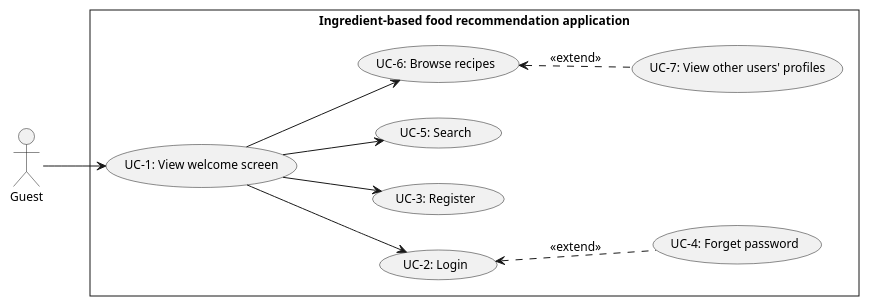
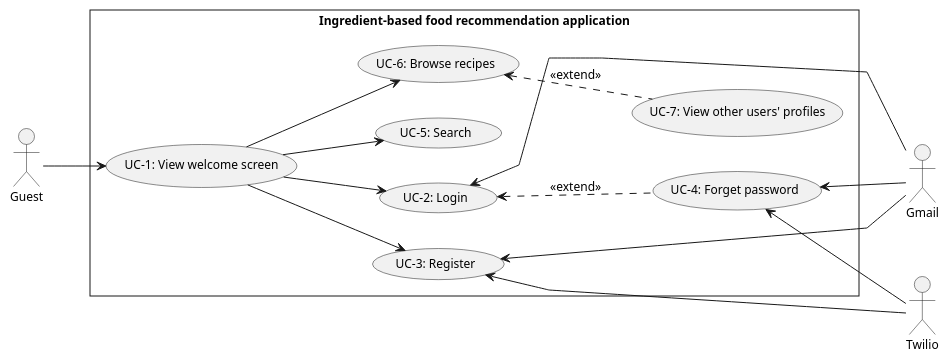
Before and after one commit to Carl-Johnsons/tastopia: the diagram in doc/SRS/Usecase/GuestUsecase/GuestUsecase.plantuml, drawn with PlantUML. The commit also changed 7 other files, not shown here.

```diff
--- a/doc/SRS/Usecase/GuestUsecase/GuestUsecase.plantuml
+++ b/doc/SRS/Usecase/GuestUsecase/GuestUsecase.plantuml
@@ -1,26 +1,34 @@
 @startuml GuestUsecase
 skinparam style strictuml
 skinparam monochrome true
 skinparam linetype polyline
 skinparam defaultFontSize 12
 left to right direction
 actor "Guest" as guest
+actor "Gmail" as gmail
+actor "Twilio"as twilio
 
 rectangle Ingredient-based<U+0020>food<U+0020>recommendation<U+0020>application {
     usecase "UC-1: View welcome screen" as ucViewWelcome
     usecase "UC-2: Login" as ucLogin
     usecase "UC-3: Register" as ucRegister
     usecase "UC-4: Forget password" as ucForgetPassword
     usecase "UC-5: Search" as ucSearch
     usecase "UC-6: Browse recipes" as ucBrowseRecipes
     usecase "UC-7: View other users' profiles" as ucViewUSProfile
 }
 
 guest --> ucViewWelcome
     ucViewWelcome --> ucLogin
         ucLogin <.. ucForgetPassword : <<extend>>
     ucViewWelcome --> ucRegister
     ucViewWelcome --> ucSearch
     ucViewWelcome --> ucBrowseRecipes
         ucBrowseRecipes <.. ucViewUSProfile : <<extend>>
+
+gmail -up-> ucLogin
+twilio -up-> ucForgetPassword
+gmail -up-> ucForgetPassword
+twilio -up-> ucRegister
+gmail -up-> ucRegister
 @enduml
```
